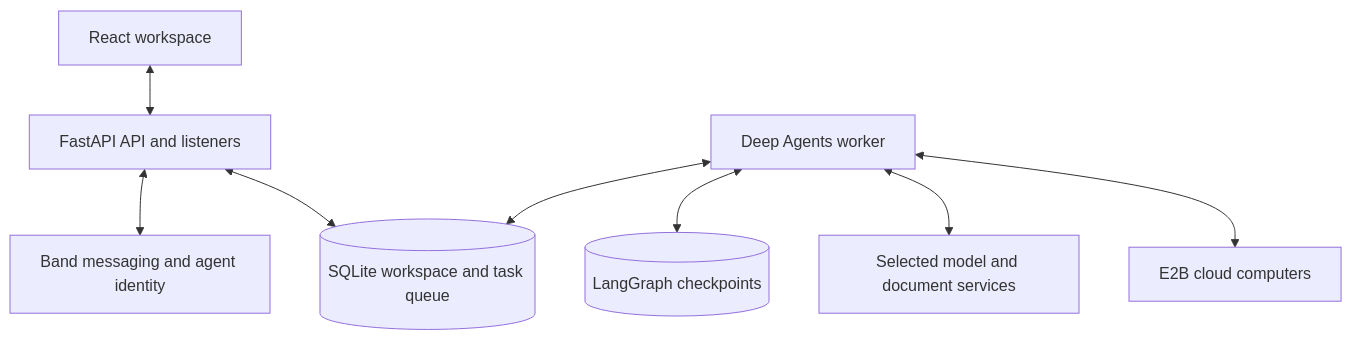
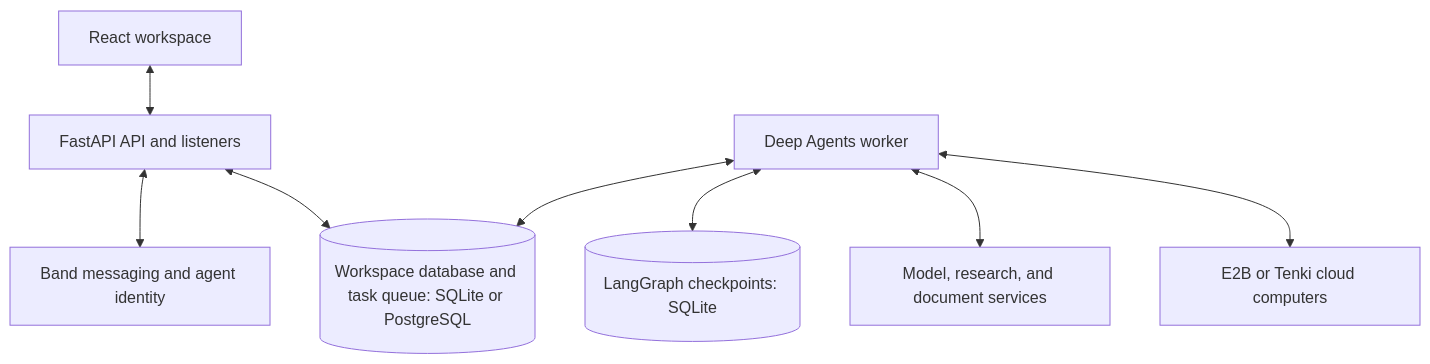
One commit to pramodthe/BandBot changed the diagram in README.md. Above: the diagram before and after it, drawn with Mermaid. The commit also changed other lines of this file and 33 other files, not shown here.

````diff
--- a/README.md
+++ b/README.md
@@ -158,10 +148,10 @@
 ```mermaid
 flowchart TB
     UI[React workspace] <--> API[FastAPI API and listeners]
     API <--> Band[Band messaging and agent identity]
-    API <--> State[(SQLite workspace and task queue)]
+    API <--> State[(Workspace database and task queue: SQLite or PostgreSQL)]
     Worker[Deep Agents worker] <--> State
-    Worker <--> Checkpoints[(LangGraph checkpoints)]
-    Worker <--> OpenAI[Selected model and document services]
-    Worker <--> E2B[E2B cloud computers]
+    Worker <--> Checkpoints[(LangGraph checkpoints: SQLite)]
+    Worker <--> Models[Model, research, and document services]
+    Worker <--> Computers[E2B or Tenki cloud computers]
 ```
````
